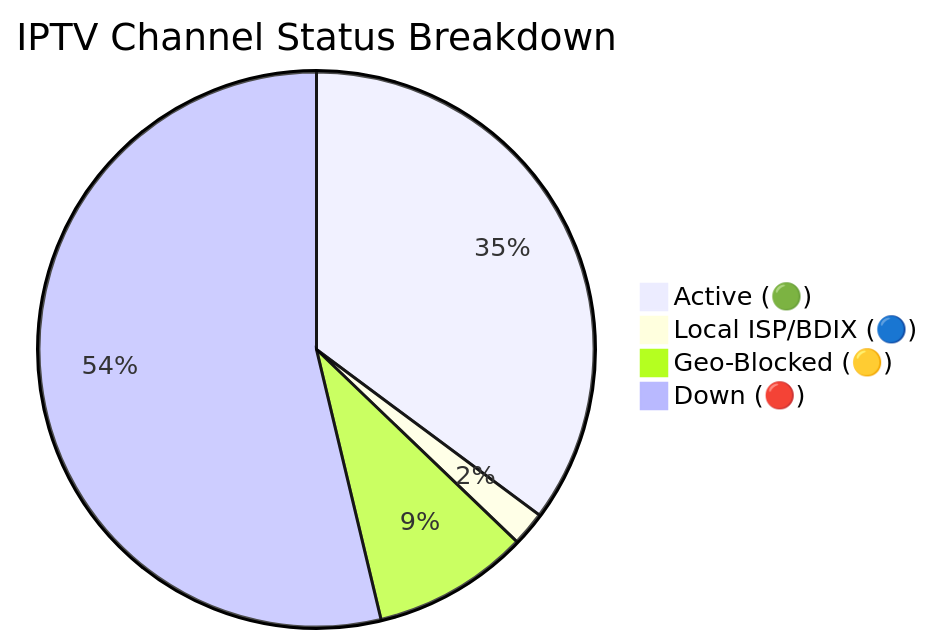
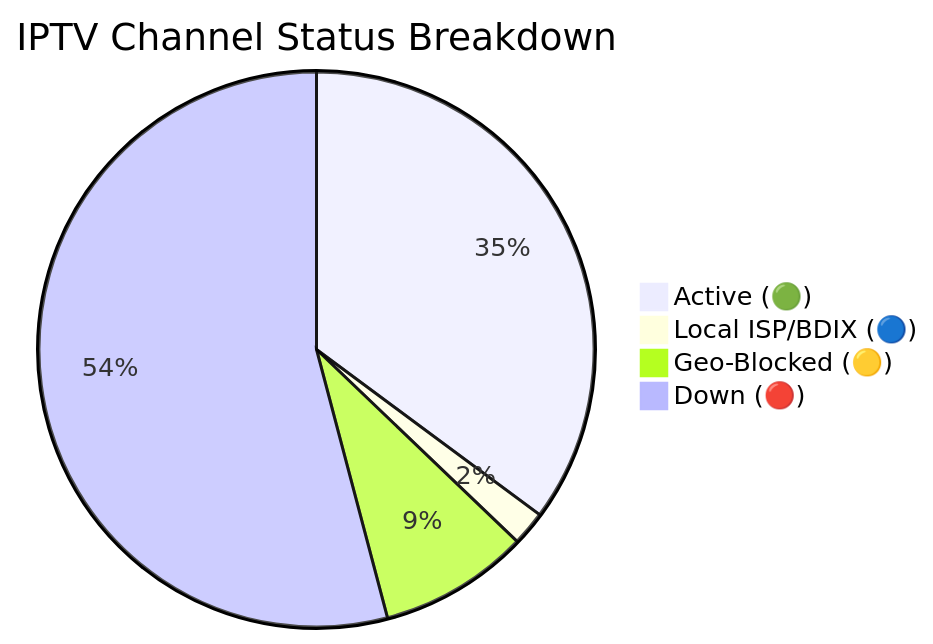
One commit to andreataylord/Ip-tv-Collection changed the diagram in README.md. Above: the diagram before and after it, drawn with Mermaid. The commit also changed other lines of this file and 2 other files, not shown here.

````diff
--- a/README.md
+++ b/README.md
@@ -59,7 +59,7 @@
 ```mermaid
 pie title IPTV Channel Status Breakdown
-    "Active (🟢)" : 2250
+    "Active (🟢)" : 2249
     "Local ISP/BDIX (🔵)" : 128
-    "Geo-Blocked (🟡)" : 582
-    "Down (🔴)" : 3438
+    "Geo-Blocked (🟡)" : 559
+    "Down (🔴)" : 3463
 ```
````
